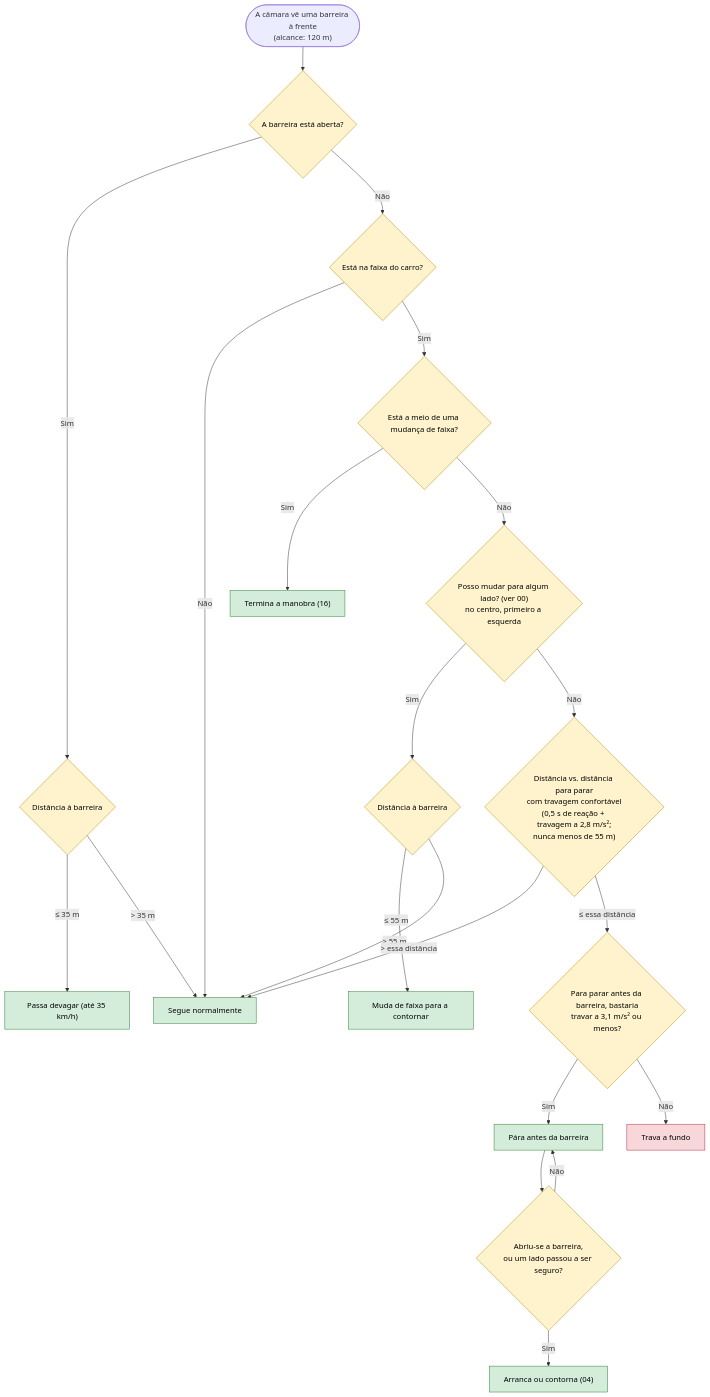
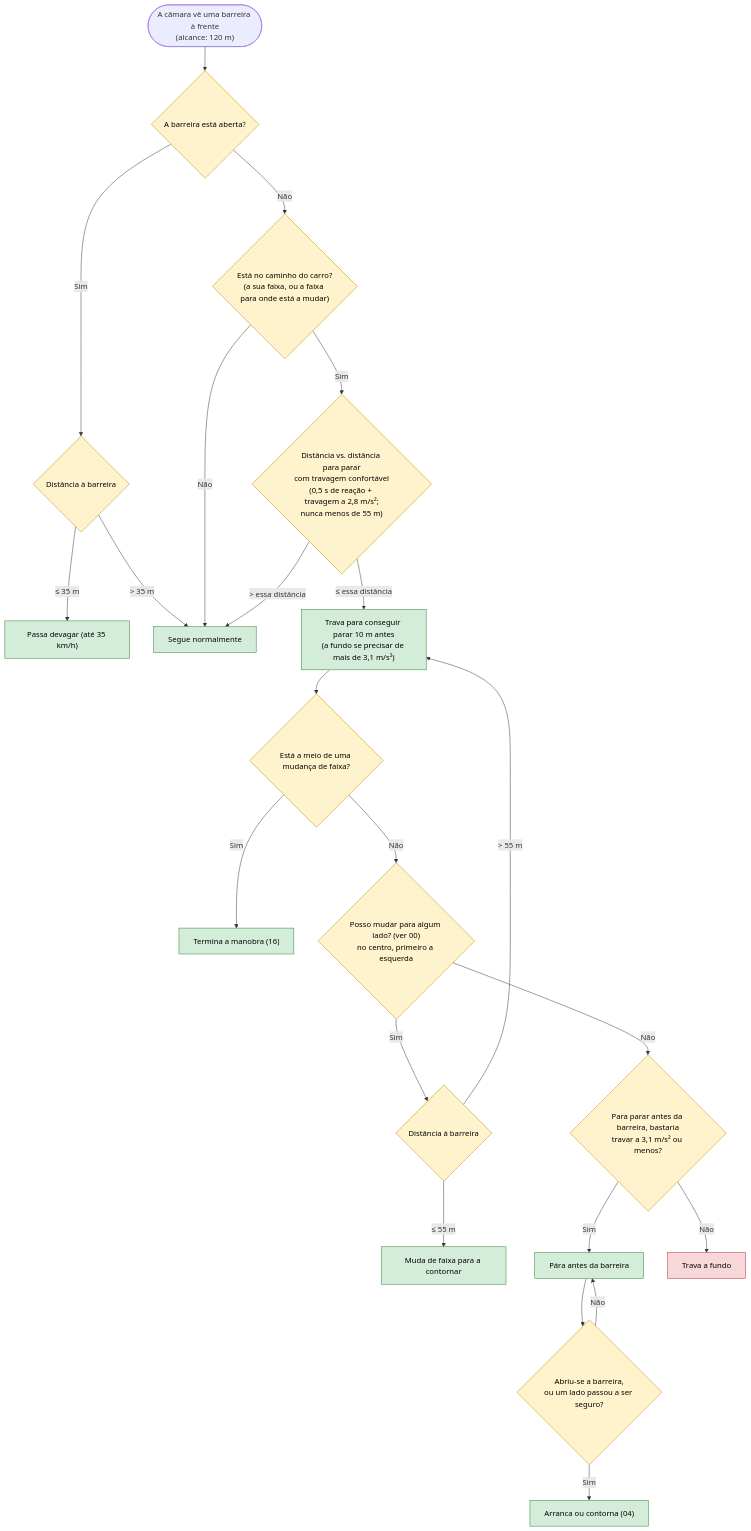
Before and after one commit to 1-2Drive/projeto-1: the diagram in docs/fluxogramas/fluxogramas_apresentar/14-barreiras.md, drawn with Mermaid. The commit also changed other lines of this file and 3 other files, not shown here.

````diff
--- a/docs/fluxogramas/fluxogramas_apresentar/14-barreiras.md
+++ b/docs/fluxogramas/fluxogramas_apresentar/14-barreiras.md
@@ -7,30 +9,31 @@
 ```mermaid
 flowchart TD
     S(["A câmara vê uma barreira à frente<br/>(alcance: 120 m)"]) --> Q0{"A barreira está aberta?"}
     Q0 -- "Sim" --> Q1{"Distância à barreira"}
     Q1 -- "≤ 35 m" --> A0["Passa devagar (até 35 km/h)"]
     Q1 -- "> 35 m" --> A9["Segue normalmente"]
-    Q0 -- "Não" --> Q2{"Está na faixa do carro?"}
+    Q0 -- "Não" --> Q2{"Está no caminho do carro?<br/>(a sua faixa, ou a faixa para onde está a mudar)"}
     Q2 -- "Não" --> A9
-    Q2 -- "Sim" --> Q3{"Está a meio de uma mudança de faixa?"}
+    Q2 -- "Sim" --> Q6{"Distância vs. distância para parar<br/>com travagem confortável<br/>(0,5 s de reação + travagem a 2,8 m/s²;<br/>nunca menos de 55 m)"}
+    Q6 -- "> essa distância" --> A9
+    Q6 -- "≤ essa distância" --> A7["Trava para conseguir parar 10 m antes<br/>(a fundo se precisar de mais de 3,1 m/s²)"]
+    A7 --> Q3{"Está a meio de uma mudança de faixa?"}
     Q3 -- "Sim" --> A8["Termina a manobra (16)"]
     Q3 -- "Não" --> Q4{"Posso mudar para algum lado? (ver 00)<br/>no centro, primeiro a esquerda"}
     Q4 -- "Sim" --> Q5{"Distância à barreira"}
     Q5 -- "≤ 55 m" --> A1["Muda de faixa para a contornar"]
-    Q5 -- "> 55 m" --> A9
-    Q4 -- "Não" --> Q6{"Distância vs. distância para parar<br/>com travagem confortável<br/>(0,5 s de reação + travagem a 2,8 m/s²;<br/>nunca menos de 55 m)"}
-    Q6 -- "> essa distância" --> A9
-    Q6 -- "≤ essa distância" --> Q7{"Para parar antes da barreira, bastaria<br/>travar a 3,1 m/s² ou menos?"}
+    Q5 -- "> 55 m" --> A7
+    Q4 -- "Não" --> Q7{"Para parar antes da barreira, bastaria<br/>travar a 3,1 m/s² ou menos?"}
     Q7 -- "Sim" --> A2["Pára antes da barreira"]
     Q7 -- "Não" --> A3["Trava a fundo"]
     A2 --> Q8{"Abriu-se a barreira,<br/>ou um lado passou a ser seguro?"}
     Q8 -- "Sim" --> A4["Arranca ou contorna (04)"]
     Q8 -- "Não" --> A2
 
     classDef dec fill:#fff3cd,stroke:#b58900,color:#000
     classDef acao fill:#d4edda,stroke:#2e7d32,color:#000
     classDef forte fill:#f8d7da,stroke:#b02a37,color:#000
     class Q0,Q1,Q2,Q3,Q4,Q5,Q6,Q7,Q8 dec
-    class A0,A1,A2,A4,A8,A9 acao
+    class A0,A1,A2,A4,A7,A8,A9 acao
     class A3 forte
 ```
````
